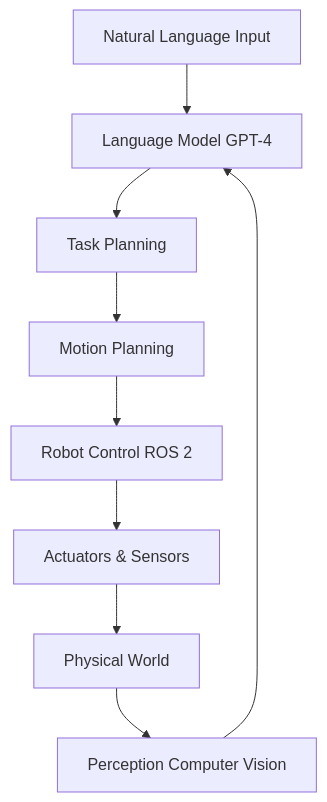
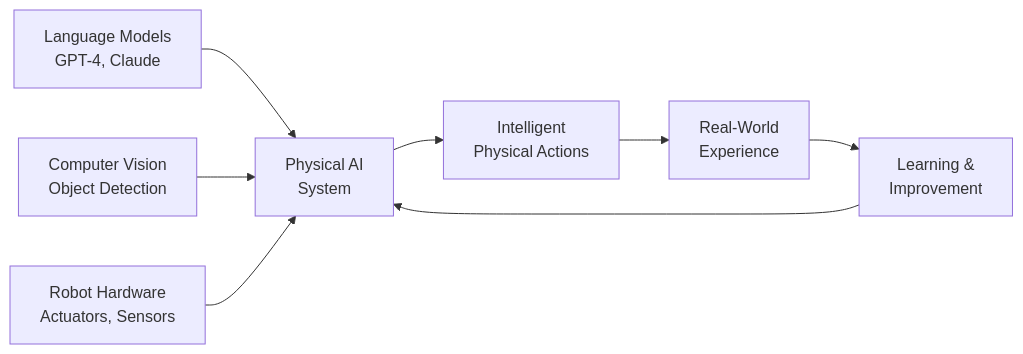
The second of 3 diagrams in docs/module-1/week-1-2/intro-physical-ai.md (RubaiyaKamal/Book-for-project-hackathon), drawn with Mermaid before and after one commit. The commit also changed other lines of this file, not shown here.

````diff
--- a/docs/module-1/week-1-2/intro-physical-ai.md
+++ b/docs/module-1/week-1-2/intro-physical-ai.md
@@ -84,11 +173,10 @@
 ```mermaid
-graph TD
-    A[Natural Language Input] --> B[Language Model GPT-4]
-    B --> C[Task Planning]
-    C --> D[Motion Planning]
-    D --> E[Robot Control ROS 2]
-    E --> F[Actuators & Sensors]
-    F --> G[Physical World]
-    G --> H[Perception Computer Vision]
-    H --> B
+graph LR
+    A[Language Models<br/>GPT-4, Claude] --> D[Physical AI<br/>System]
+    B[Computer Vision<br/>Object Detection] --> D
+    C[Robot Hardware<br/>Actuators, Sensors] --> D
+    D --> E[Intelligent<br/>Physical Actions]
+    E --> F[Real-World<br/>Experience]
+    F --> G[Learning &<br/>Improvement]
+    G --> D
 ```
````
